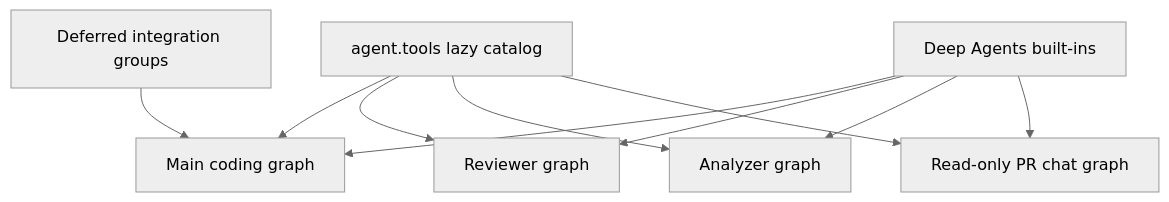
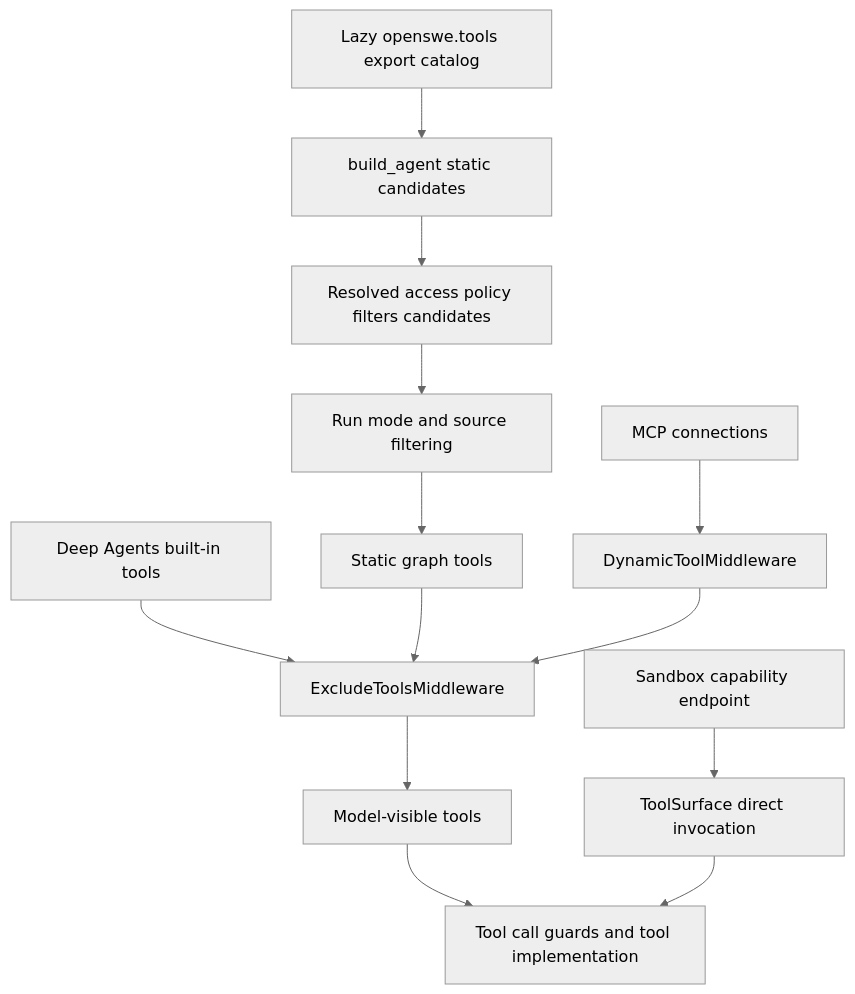
The first of 2 diagrams in openwiki/concepts/tools.md (langchain-ai/open-swe), drawn with Mermaid (neutral theme) before and after one commit. The commit also changed other lines of this file and 55 other files, not shown here.

````diff
--- a/openwiki/concepts/tools.md
+++ b/openwiki/concepts/tools.md
@@ -53,20 +51,15 @@
 ```mermaid
 flowchart TD
-    Catalog["agent.tools lazy catalog"]
-    Main["Main coding graph"]
-    Reviewer["Reviewer graph"]
-    Analyzer["Analyzer graph"]
-    Chat["Read-only PR chat graph"]
-    Builtins["Deep Agents built-ins"]
-    Deferred["Deferred integration groups"]
-
-    Catalog --> Main
-    Catalog --> Reviewer
-    Catalog --> Analyzer
-    Catalog --> Chat
-    Builtins --> Main
-    Builtins --> Reviewer
-    Builtins --> Analyzer
-    Builtins --> Chat
-    Deferred --> Main
+  A["Lazy openswe.tools export catalog"] --> B["build_agent static candidates"]
+  B --> C["Resolved access policy filters candidates"]
+  C --> D["Run mode and source filtering"]
+  D --> E["Static graph tools"]
+  F["Deep Agents built-in tools"] --> G["ExcludeToolsMiddleware"]
+  E --> G
+  H["MCP connections"] --> I["DynamicToolMiddleware"]
+  I --> G
+  G --> J["Model-visible tools"]
+  J --> K["Tool call guards and tool implementation"]
+  L["Sandbox capability endpoint"] --> M["ToolSurface direct invocation"]
+  M --> K
 ```
````
